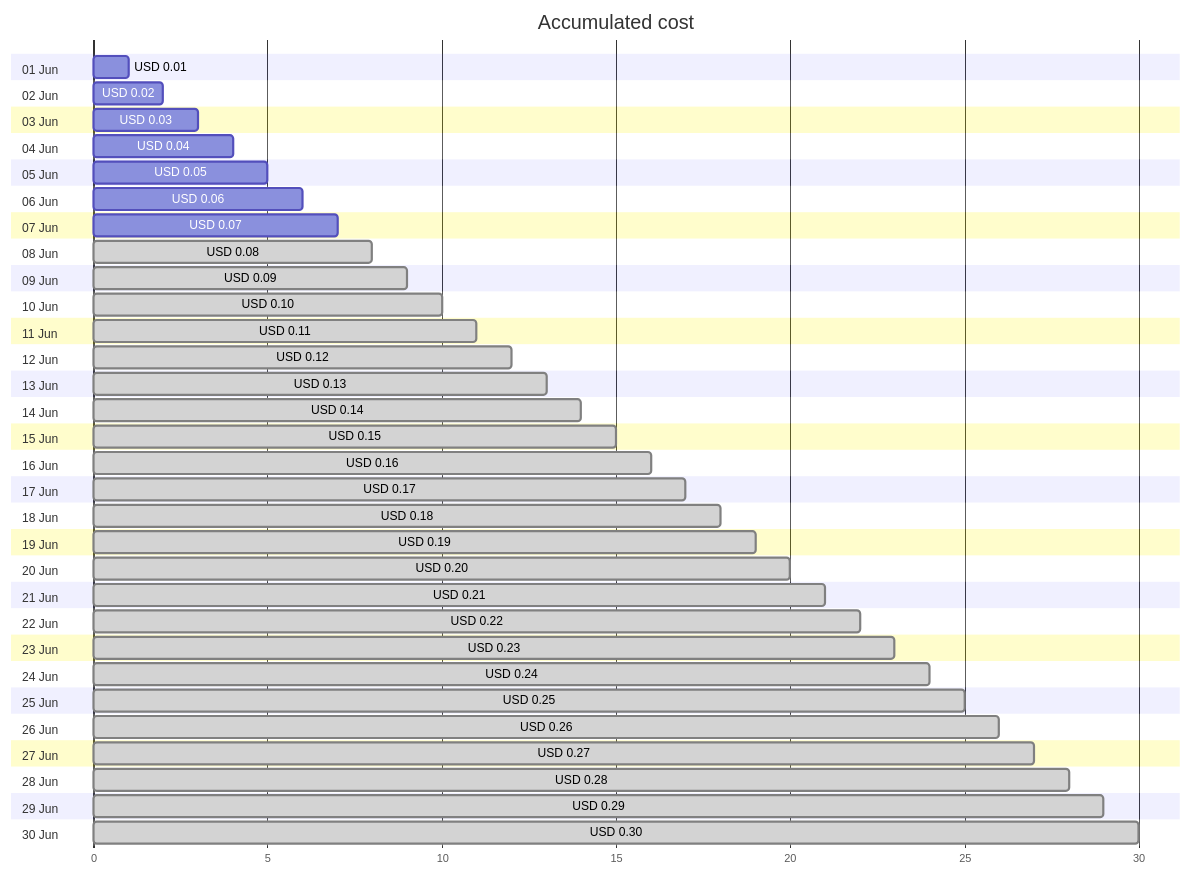
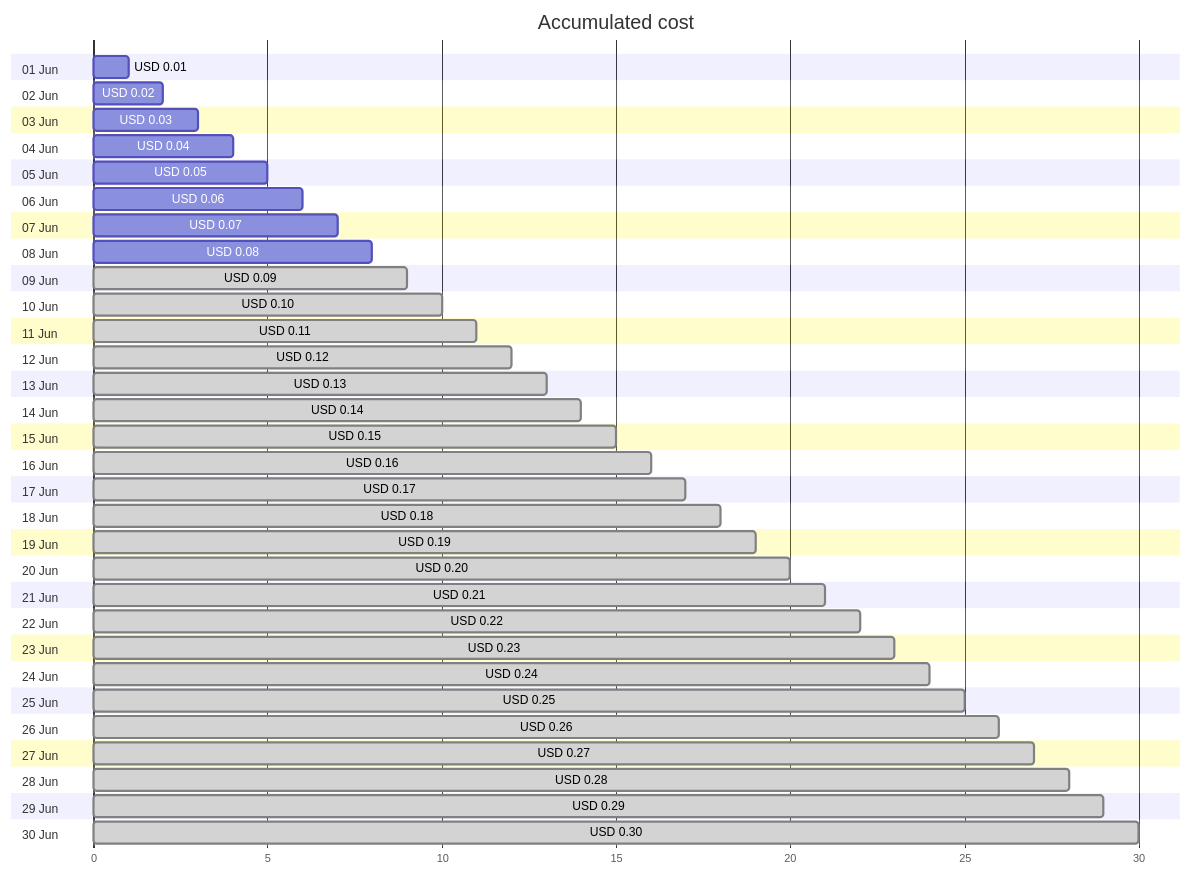
Before and after one commit to jpfulton/azure-personal-reports: the first of 4 diagrams in cost-reports/cloud-shell-storage-eastus/README.md, drawn with Mermaid. The commit also changed other lines of this file and 1 other file, not shown here.

````diff
--- a/cost-reports/cloud-shell-storage-eastus/README.md
+++ b/cost-reports/cloud-shell-storage-eastus/README.md
@@ -20,66 +20,66 @@
 ```mermaid
 gantt
    title Accumulated cost
    dateFormat  X
    axisFormat %s
    section 01 Jun
    USD 0.01 :0, 1
    section 02 Jun
    USD 0.02 :0, 2
    section 03 Jun
    USD 0.03 :0, 3
    section 04 Jun
    USD 0.04 :0, 4
    section 05 Jun
    USD 0.05 :0, 5
    section 06 Jun
    USD 0.06 :0, 6
    section 07 Jun
    USD 0.07 :0, 7
    section 08 Jun
-   USD 0.08 : done, 0, 8
+   USD 0.08 :0, 8
    section 09 Jun
    USD 0.09 : done, 0, 9
    section 10 Jun
    USD 0.10 : done, 0, 10
    section 11 Jun
    USD 0.11 : done, 0, 11
    section 12 Jun
    USD 0.12 : done, 0, 12
    section 13 Jun
    USD 0.13 : done, 0, 13
    section 14 Jun
    USD 0.14 : done, 0, 14
    section 15 Jun
    USD 0.15 : done, 0, 15
    section 16 Jun
    USD 0.16 : done, 0, 16
    section 17 Jun
    USD 0.17 : done, 0, 17
    section 18 Jun
    USD 0.18 : done, 0, 18
    section 19 Jun
    USD 0.19 : done, 0, 19
    section 20 Jun
    USD 0.20 : done, 0, 20
    section 21 Jun
    USD 0.21 : done, 0, 21
    section 22 Jun
    USD 0.22 : done, 0, 22
    section 23 Jun
    USD 0.23 : done, 0, 23
    section 24 Jun
    USD 0.24 : done, 0, 24
    section 25 Jun
    USD 0.25 : done, 0, 25
    section 26 Jun
    USD 0.26 : done, 0, 26
    section 27 Jun
    USD 0.27 : done, 0, 27
    section 28 Jun
    USD 0.28 : done, 0, 28
    section 29 Jun
    USD 0.29 : done, 0, 29
    section 30 Jun
    USD 0.30 : done, 0, 30
 ```
````
